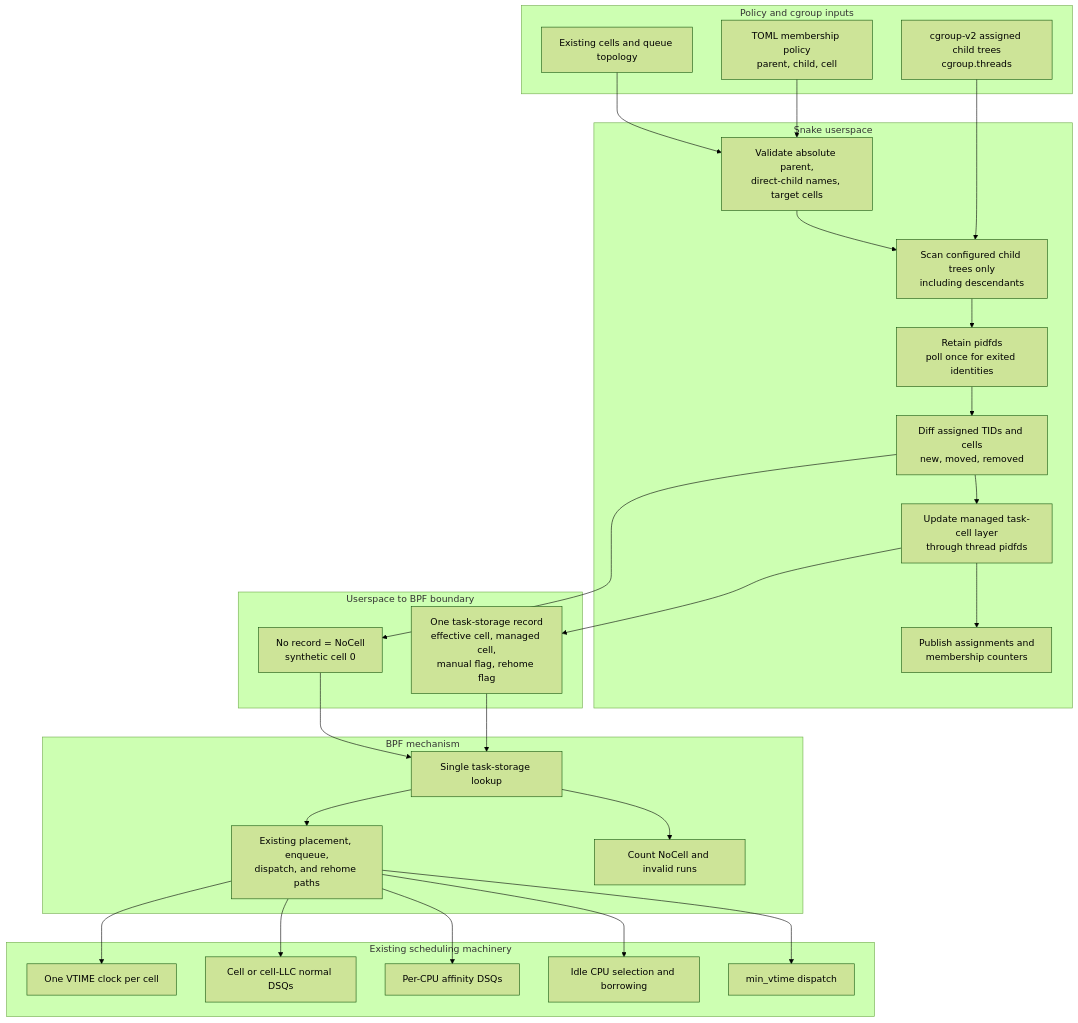
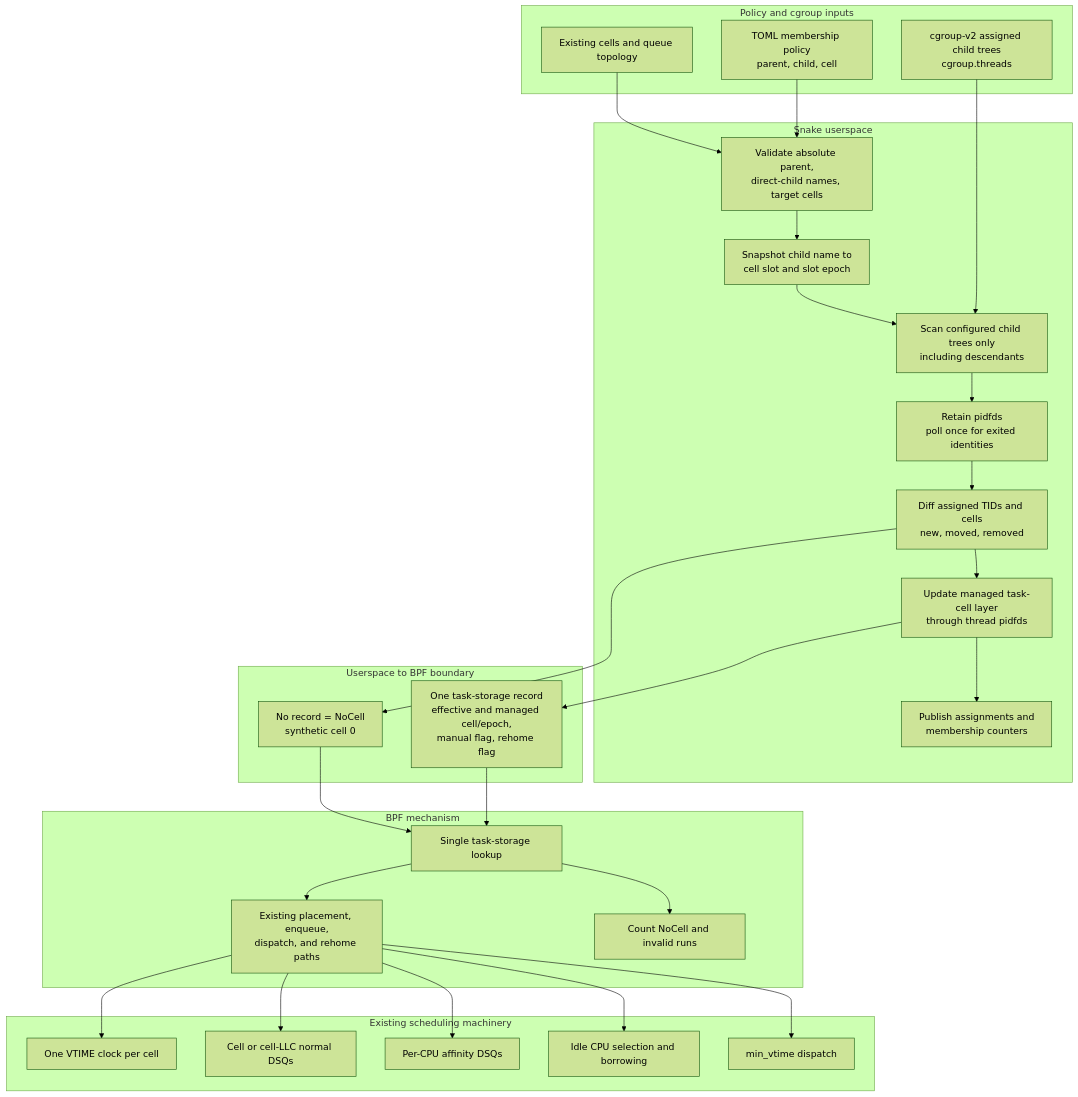
Before and after one commit to tommy-u/scx: the diagram in scheds/rust/scx_snake/docs/CGROUP_MEMBERSHIP_PROPOSAL.md, drawn with Mermaid (forest theme). The commit also changed other lines of this file and 11 other files, not shown here.

Commit message:
scx_snake: make managed cell references epoch safe

````diff
--- a/scheds/rust/scx_snake/docs/CGROUP_MEMBERSHIP_PROPOSAL.md
+++ b/scheds/rust/scx_snake/docs/CGROUP_MEMBERSHIP_PROPOSAL.md
@@ -7,55 +7,56 @@
 ```mermaid
 flowchart TB
     subgraph Inputs["Policy and cgroup inputs"]
         TOML["TOML membership policy<br/>parent, child, cell"]
         TREE["cgroup-v2 assigned child trees<br/>cgroup.threads"]
         CELLS["Existing cells and queue topology"]
     end
 
     subgraph Userspace["Snake userspace"]
         VALIDATE["Validate absolute parent,<br/>direct-child names, target cells"]
+        DIRECTORY["Snapshot child name to<br/>cell slot and slot epoch"]
         SCAN["Scan configured child trees only<br/>including descendants"]
         IDENTITY["Retain pidfds<br/>poll once for exited identities"]
         DIFF["Diff assigned TIDs and cells<br/>new, moved, removed"]
         WRITE["Update managed task-cell layer<br/>through thread pidfds"]
         INSPECT["Publish assignments and<br/>membership counters"]
     end
 
-    TOML --> VALIDATE
+    TOML --> VALIDATE --> DIRECTORY
     CELLS --> VALIDATE
     TREE --> SCAN
-    VALIDATE --> SCAN --> IDENTITY --> DIFF --> WRITE --> INSPECT
+    DIRECTORY --> SCAN --> IDENTITY --> DIFF --> WRITE --> INSPECT
 
     subgraph Boundary["Userspace to BPF boundary"]
-        STORE["One task-storage record<br/>effective cell, managed cell,<br/>manual flag, rehome flag"]
+        STORE["One task-storage record<br/>effective and managed cell/epoch,<br/>manual flag, rehome flag"]
         ABSENT["No record = NoCell<br/>synthetic cell 0"]
     end
 
     WRITE --> STORE
     DIFF --> ABSENT
 
     subgraph BPF["BPF mechanism"]
         LOOKUP["Single task-storage lookup"]
         ROUTE["Existing placement, enqueue,<br/>dispatch, and rehome paths"]
         COUNT["Count NoCell and invalid runs"]
     end
 
     STORE --> LOOKUP
     ABSENT --> LOOKUP
     LOOKUP --> ROUTE
     LOOKUP --> COUNT
 
     subgraph Existing["Existing scheduling machinery"]
         CLOCK["One VTIME clock per cell"]
         DSQ["Cell or cell-LLC normal DSQs"]
         AFFINITY["Per-CPU affinity DSQs"]
         BORROW["Idle CPU selection and borrowing"]
         MIN["min_vtime dispatch"]
     end
 
     ROUTE --> CLOCK
     ROUTE --> DSQ
     ROUTE --> AFFINITY
     ROUTE --> BORROW
     ROUTE --> MIN
 ```
````
